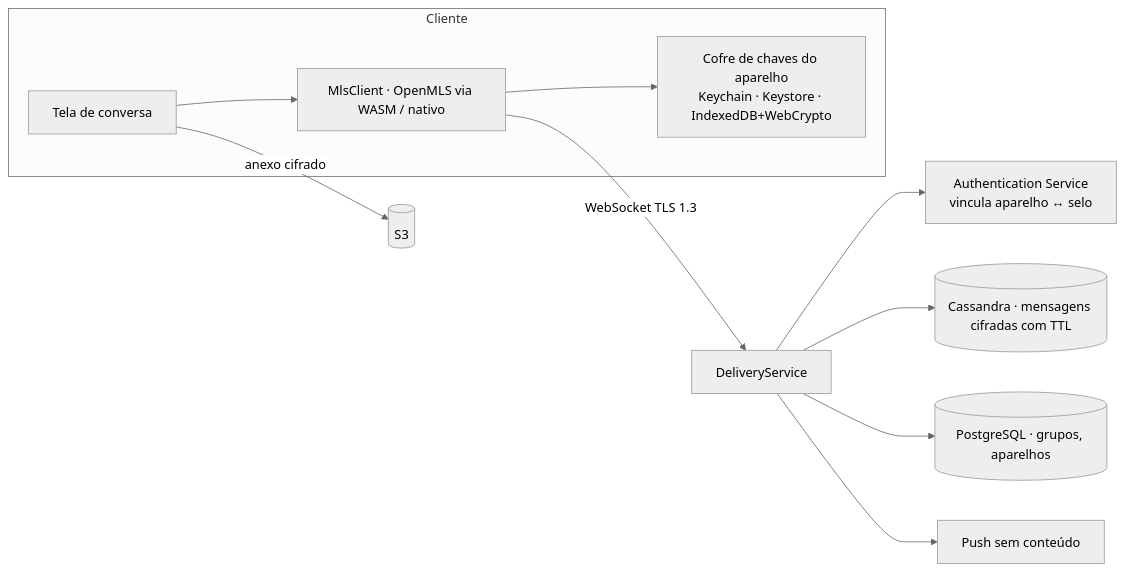
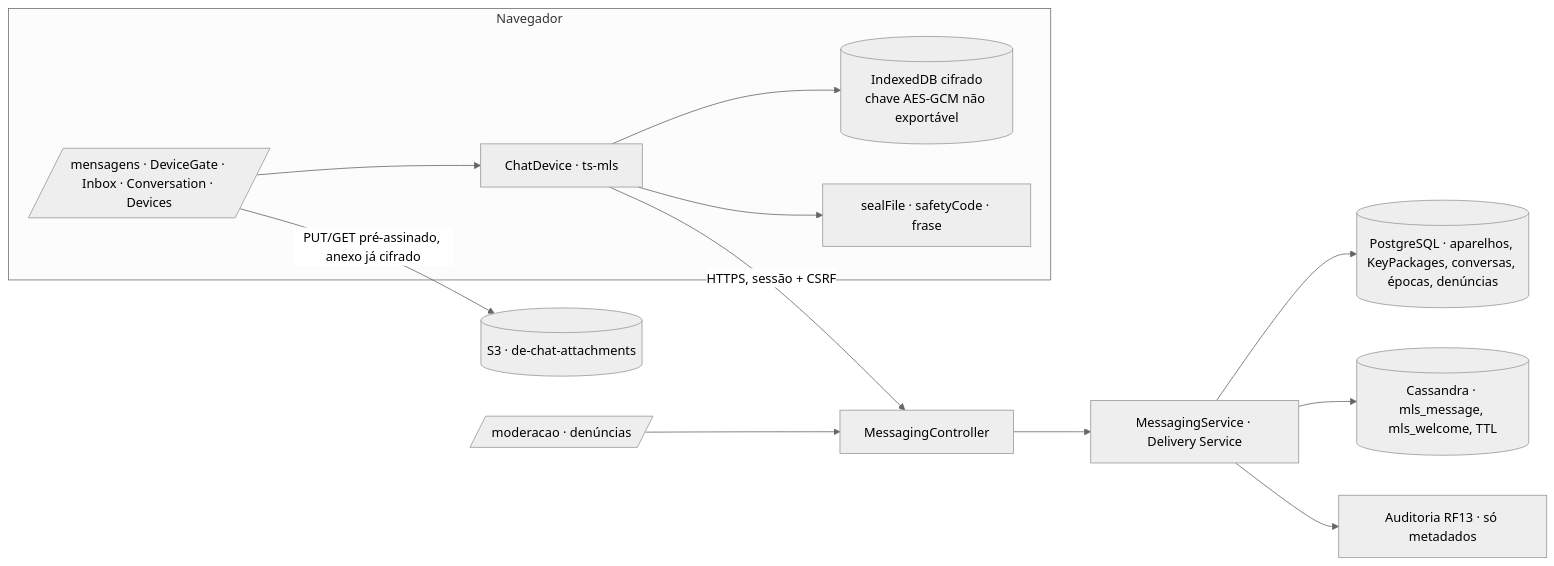
One commit to MatheusHaliski/doctor_explorer changed the fifth of 6 diagrams in docs/rf/RF06-chat-e2ee.md. Above: the diagram before and after it, drawn with Mermaid (neutral theme). The commit also changed other lines of this file and 53 other files, not shown here.

````diff
--- a/docs/rf/RF06-chat-e2ee.md
+++ b/docs/rf/RF06-chat-e2ee.md
@@ -111,13 +158,15 @@
 ```mermaid
 flowchart LR
-    subgraph Cliente
-      UI[Tela de conversa] --> MC[MlsClient · OpenMLS via WASM / nativo]
-      MC --> KS[Cofre de chaves do aparelho<br/>Keychain · Keystore · IndexedDB+WebCrypto]
+    subgraph Navegador
+      UI[/mensagens · DeviceGate · Inbox · Conversation · Devices/] --> CD[ChatDevice · ts-mls]
+      CD --> KS[(IndexedDB cifrado<br/>chave AES-GCM não exportável)]
+      CD --> FX[sealFile · safetyCode · frase]
     end
-    MC -- WebSocket TLS 1.3 --> DS[DeliveryService]
-    DS --> AS[Authentication Service<br/>vincula aparelho ↔ selo]
-    DS --> CS[(Cassandra · mensagens cifradas com TTL)]
-    DS --> PG[(PostgreSQL · grupos, aparelhos)]
-    DS --> PUSH[Push sem conteúdo]
-    UI -- anexo cifrado --> S3[(S3)]
+    CD -- HTTPS, sessão + CSRF --> MC[MessagingController]
+    MC --> MS[MessagingService · Delivery Service]
+    MS --> PG[(PostgreSQL · aparelhos, KeyPackages, conversas, épocas, denúncias)]
+    MS --> CS[(Cassandra · mls_message, mls_welcome, TTL)]
+    UI -- PUT/GET pré-assinado, anexo já cifrado --> S3[(S3 · de-chat-attachments)]
+    MS --> AU[Auditoria RF13 · só metadados]
+    MOD[/moderacao · denúncias/] --> MC
 ```
````
